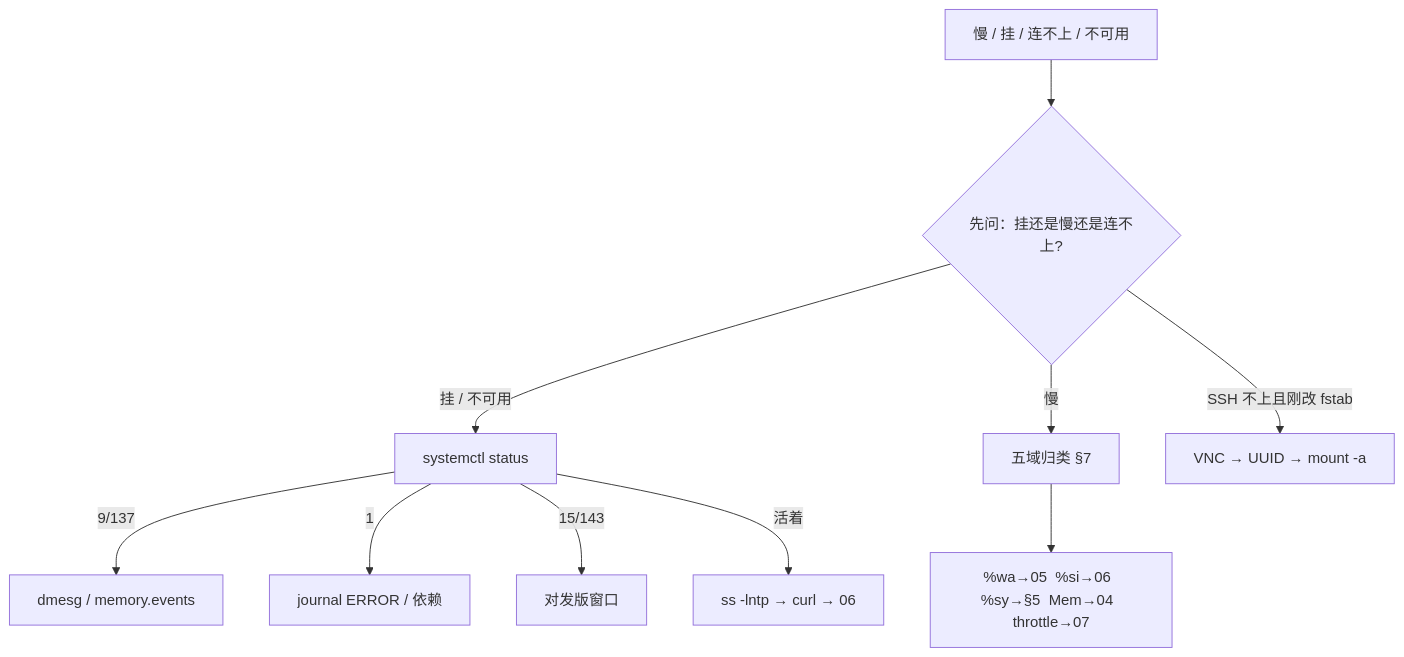
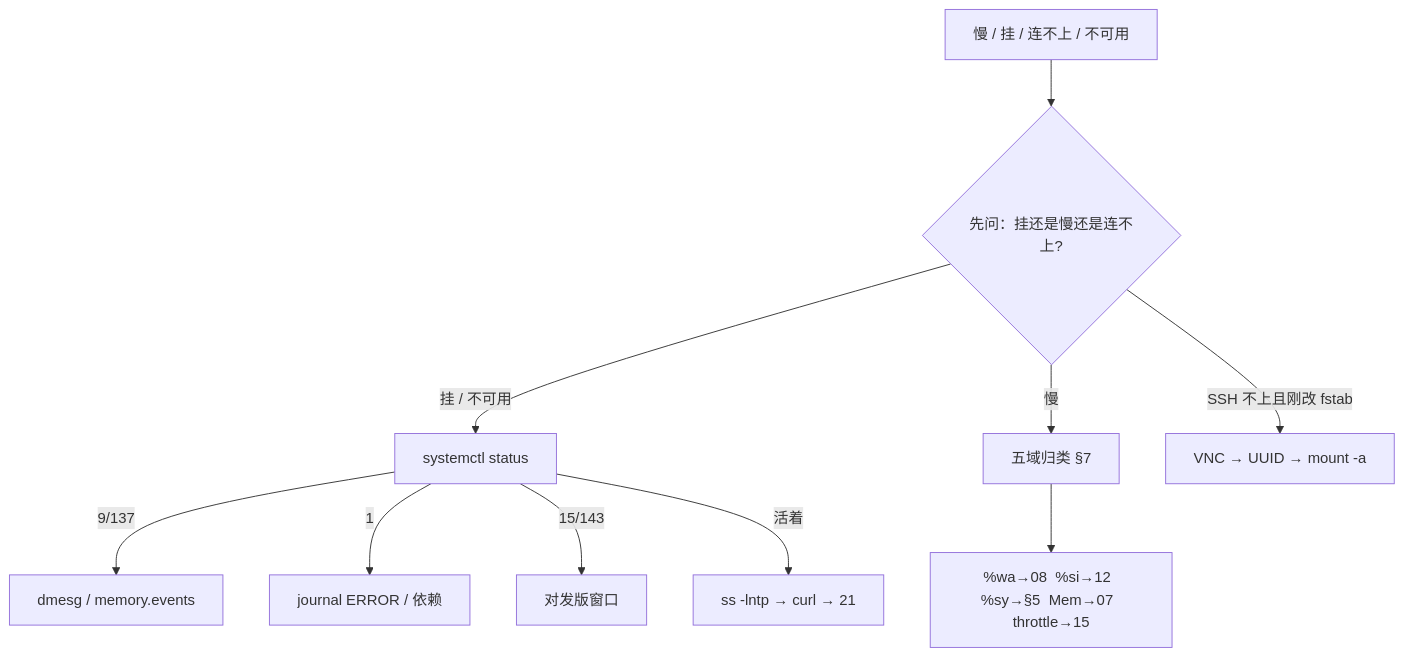
One commit to ml-cuizijun/LearnToLilith changed diagram 12 of 12 in 01-基础底座/04-内核与系统/知识点.md. Above: the diagram before and after it, drawn with Mermaid. The commit also changed other lines of this file and 56 other files, not shown here.

````diff
--- a/01-基础底座/04-内核与系统/知识点.md
+++ b/01-基础底座/04-内核与系统/知识点.md
@@ -1061,12 +1061,12 @@
 ```mermaid
 flowchart TB
     A["慢 / 挂 / 连不上 / 不可用"] --> B{"先问：挂还是慢还是连不上?"}
     B -->|挂 / 不可用| C["systemctl status"]
     C -->|9/137| D["dmesg / memory.events"]
     C -->|1| E["journal ERROR / 依赖"]
     C -->|15/143| F["对发版窗口"]
-    C -->|活着| G["ss -lntp → curl → 06"]
+    C -->|活着| G["ss -lntp → curl → 21"]
     B -->|慢| H["五域归类 §7"]
-    H --> I["%wa→05  %si→06  %sy→§5  Mem→04  throttle→07"]
+    H --> I["%wa→08  %si→12  %sy→§5  Mem→07  throttle→15"]
     B -->|SSH 不上且刚改 fstab| J["VNC → UUID → mount -a"]
 ```
````
